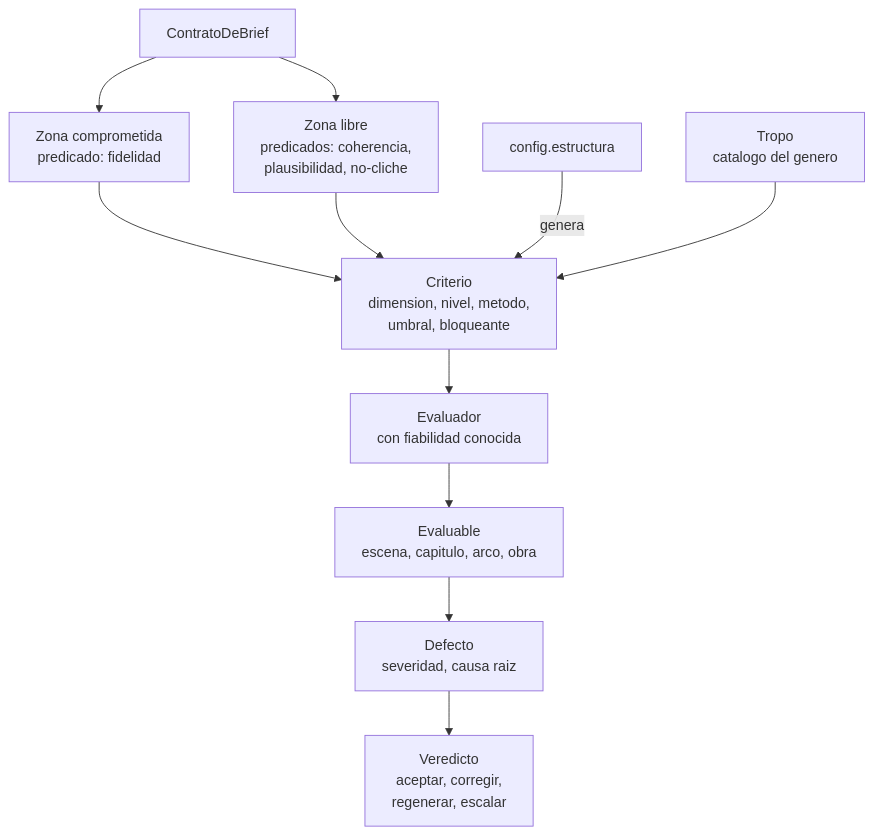
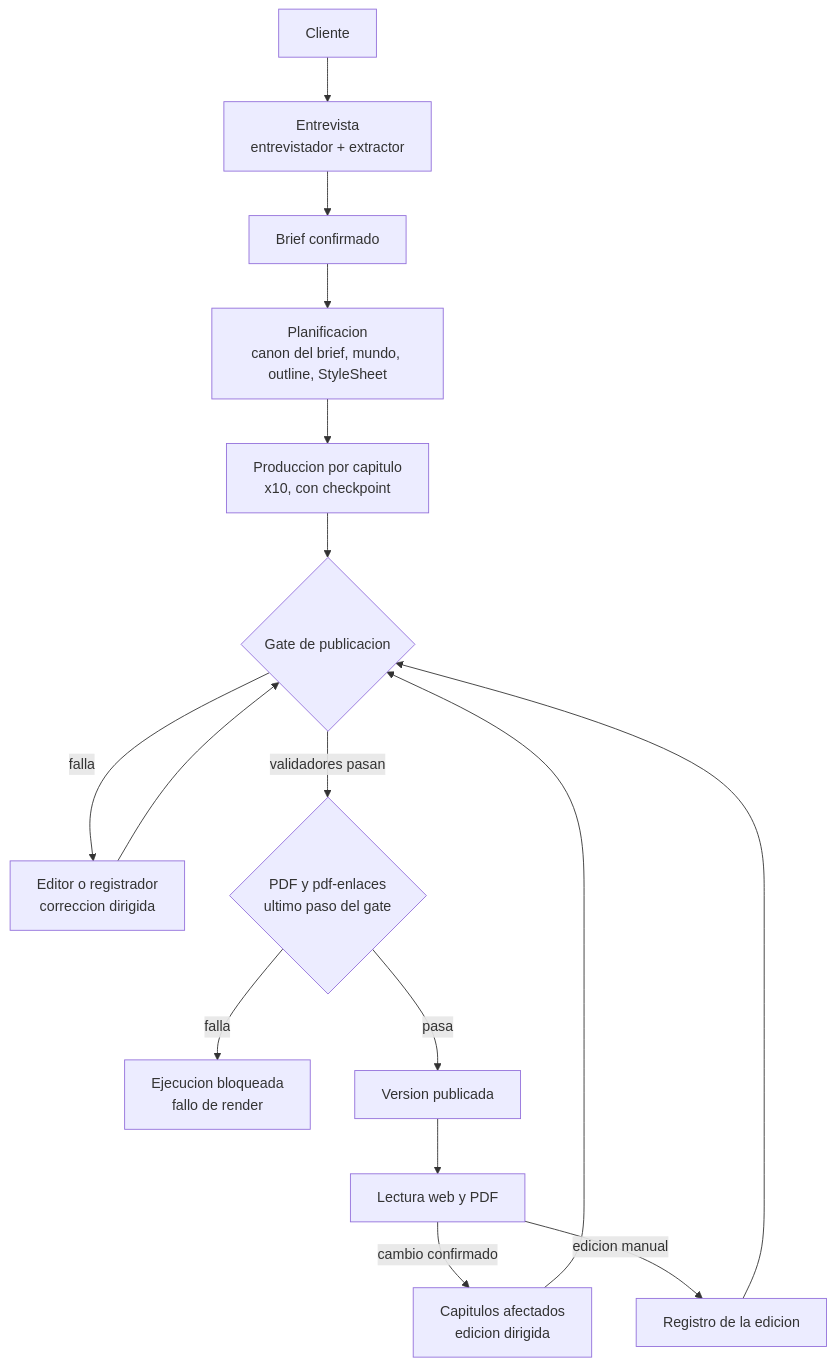
The second of 10 diagrams in docs/architecture.md (JNico-rb/story-maker), drawn with Mermaid before and after one commit. The commit also changed other lines of this file and 35 other files, not shown here.

````diff
--- a/docs/architecture.md
+++ b/docs/architecture.md
@@ -343,18 +85,18 @@
 ```mermaid
 graph TD
-    CB[ContratoDeBrief] --> ZC[Zona comprometida<br/>predicado: fidelidad]
-    CB --> ZL[Zona libre<br/>predicados: coherencia,<br/>plausibilidad, no-cliche]
-
-    ZC --> CRIT
-    ZL --> CRIT
-    CFG[config.estructura] -->|genera| CRIT
-
-    CRIT[Criterio<br/>dimension, nivel, metodo,<br/>umbral, bloqueante]
-
-    CRIT --> EV[Evaluador<br/>con fiabilidad conocida]
-    EV --> EVAL[Evaluable<br/>escena, capitulo, arco, obra]
-    EVAL --> DEF[Defecto<br/>severidad, causa raiz]
-    DEF --> VER[Veredicto<br/>aceptar, corregir,<br/>regenerar, escalar]
-
-    TRO[Tropo<br/>catalogo del genero] --> CRIT
+    CLT[Cliente] --> ENT[Entrevista<br/>entrevistador + extractor]
+    ENT --> BRF[Brief confirmado]
+    BRF --> PLA[Planificacion<br/>canon del brief, mundo, outline, StyleSheet]
+    PLA --> PROD[Produccion por capitulo<br/>x10, con checkpoint]
+    PROD --> GATE{Gate de publicacion}
+    GATE -->|falla| EDI[Editor o registrador<br/>correccion dirigida]
+    EDI --> GATE
+    GATE -->|validadores pasan| PDF{PDF y pdf-enlaces<br/>ultimo paso del gate}
+    PDF -->|falla| BLQ[Ejecucion bloqueada<br/>fallo de render]
+    PDF -->|pasa| VER[Version publicada]
+    VER --> LEC[Lectura web y PDF]
+    LEC -->|cambio confirmado| CAM[Capitulos afectados<br/>edicion dirigida]
+    LEC -->|edicion manual| MAN[Registro de la edicion]
+    CAM --> GATE
+    MAN --> GATE
 ```
````
